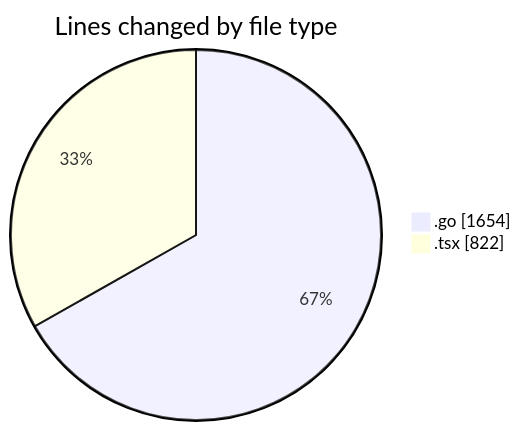
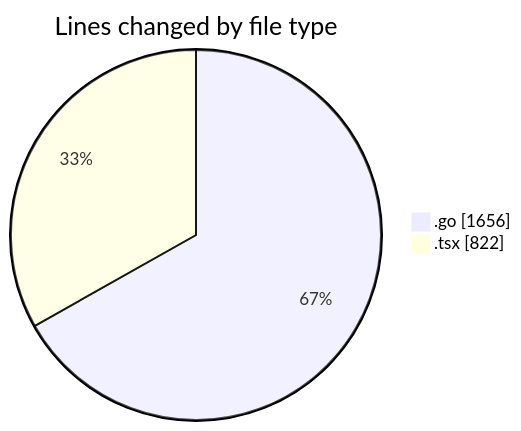
The first of 2 diagrams in 2025-03-10/termonied_testador/README.md (robertbonfada/code-tracking), drawn with Mermaid before and after one commit. The commit also changed other lines of this file and 1 other file, not shown here.

````diff
--- a/2025-03-10/termonied_testador/README.md
+++ b/2025-03-10/termonied_testador/README.md
@@ -28,6 +28,6 @@
 ```mermaid
 pie showData
 title Lines changed by file type
-".go" : 1654
+".go" : 1656
 ".tsx" : 822
 ```
````
